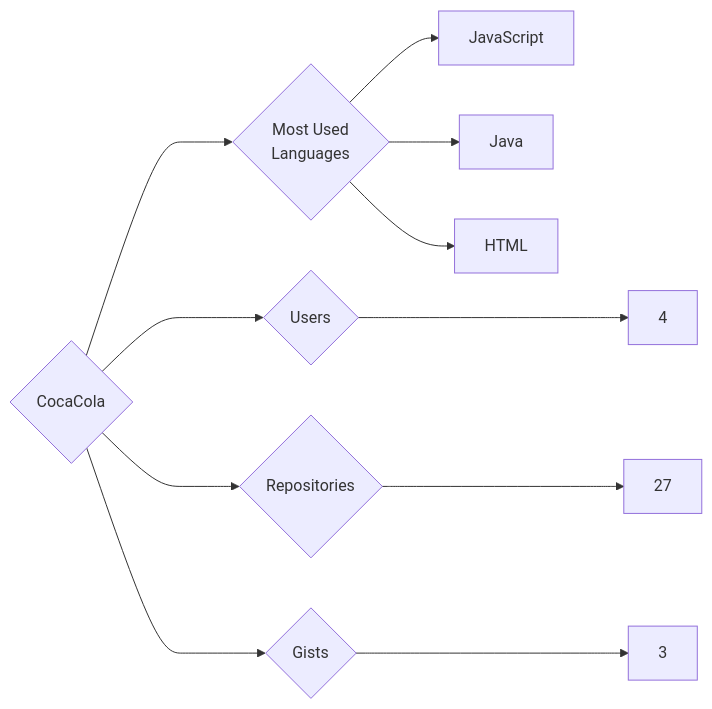
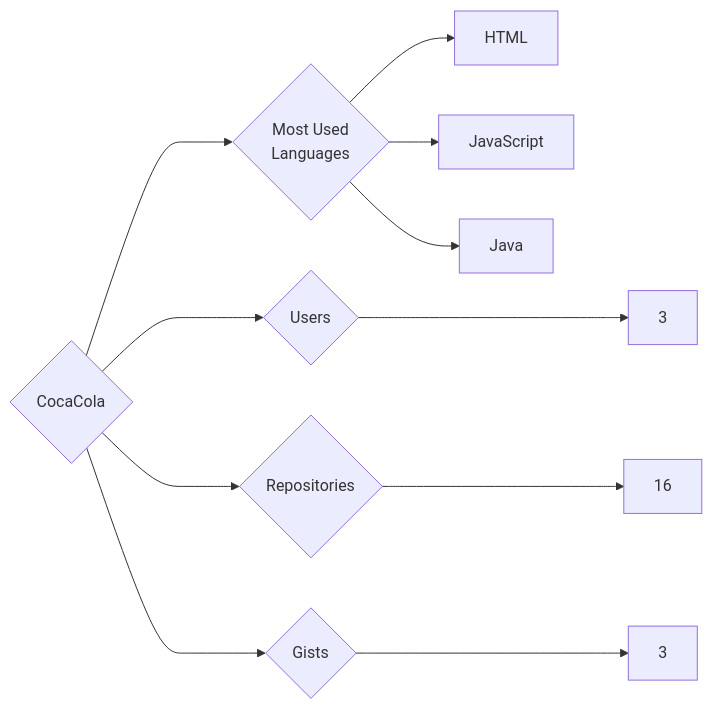
The diagram in targets/CocaCola/README.md (trickest/insiders), drawn with Mermaid before and after one commit. The commit also changed 721 other files, not shown here.

````diff
--- a/targets/CocaCola/README.md
+++ b/targets/CocaCola/README.md
@@ -3,11 +3,11 @@
 ```mermaid
 graph LR
 COMPANY_NAME{CocaCola}
-COMPANY_NAME ---> U{Users} ---> UN[4]
-COMPANY_NAME ---> R{Repositories} ---> RN[27]
+COMPANY_NAME ---> U{Users} ---> UN[3]
+COMPANY_NAME ---> R{Repositories} ---> RN[16]
 COMPANY_NAME ---> G{Gists} ---> GN[3]
 COMPANY_NAME ---> ML{Most Used<br>Languages}
+ML --> HTML[HTML]
 ML --> JavaScript[JavaScript]
 ML --> Java[Java]
-ML --> HTML[HTML]
 ```
````
